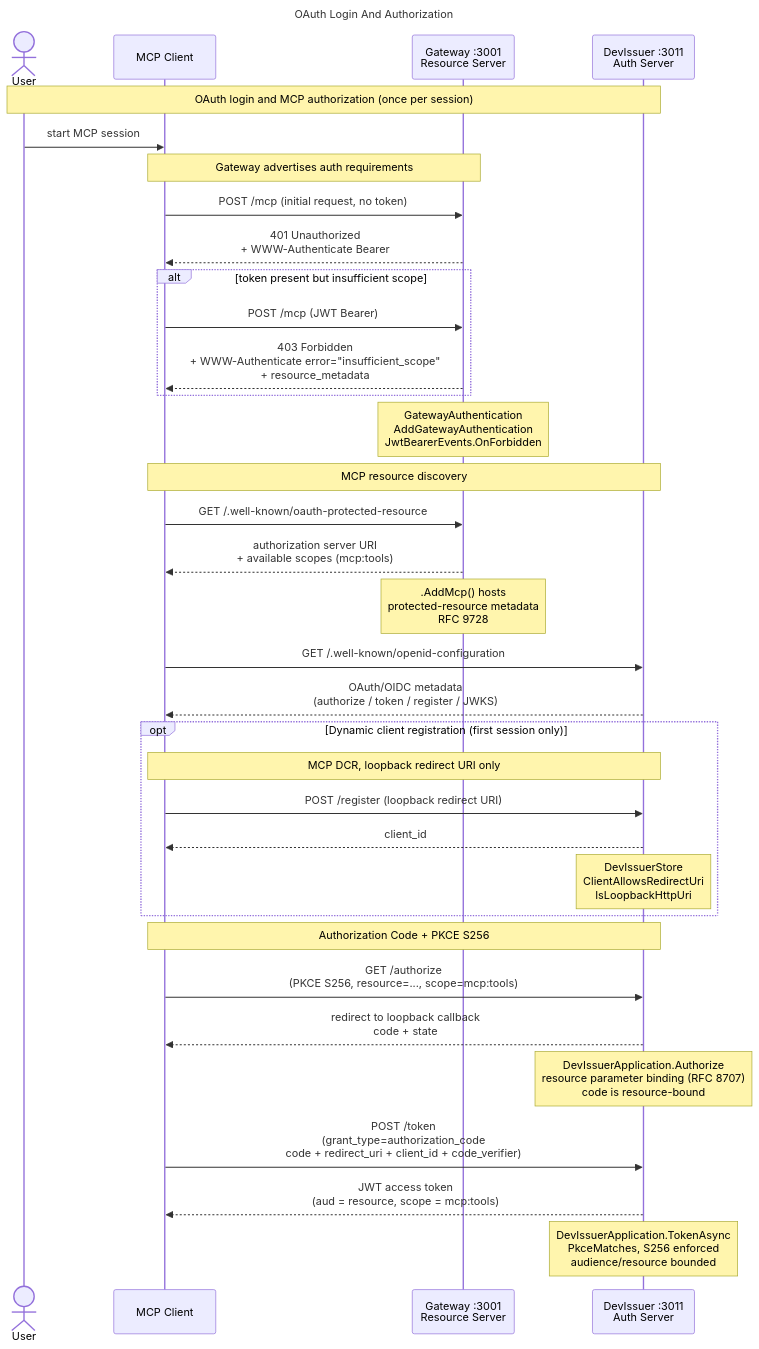
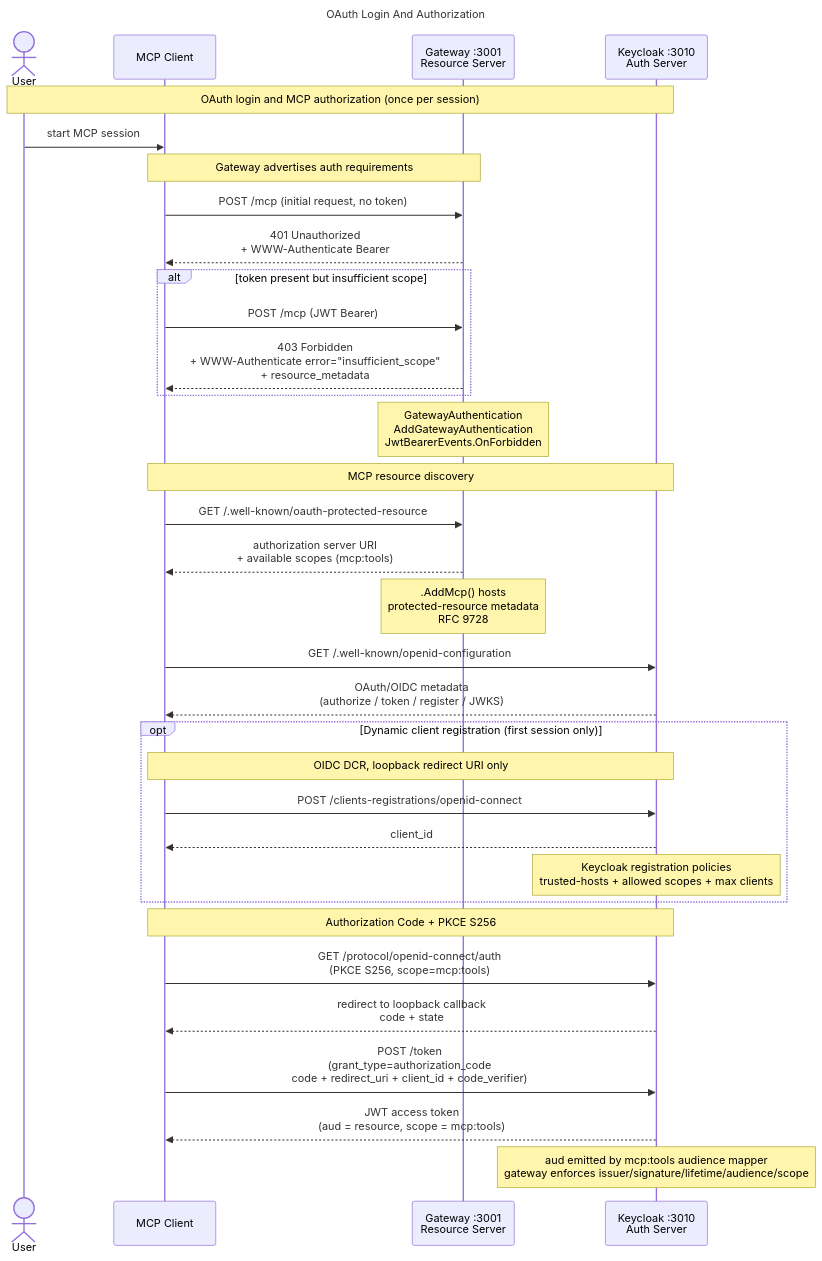
Before and after one commit to mirusser/Kubernetes-MCP-Guard: the second of 7 diagrams in docs/architecture.md, drawn with Mermaid. The commit also changed other lines of this file and 25 other files, not shown here.

Commit message:
Keycloak Parity, DCR, and DevIssuer Deprecation

````diff
--- a/docs/architecture.md
+++ b/docs/architecture.md
@@ -79,45 +80,44 @@
 ```mermaid
 ---
 title: OAuth Login And Authorization
 ---
 sequenceDiagram
     actor User
     participant Client as MCP Client
     participant GW as Gateway :3001<br/>Resource Server
-    participant Issuer as DevIssuer :3011<br/>Auth Server
+    participant Issuer as Keycloak :3010<br/>Auth Server
 
     Note over User,Issuer: OAuth login and MCP authorization (once per session)
 
     User->>Client: start MCP session
 
     Note over Client,GW: Gateway advertises auth requirements
     Client->>GW: POST /mcp (initial request, no token)
     GW-->>Client: 401 Unauthorized<br/>+ WWW-Authenticate Bearer
     alt token present but insufficient scope
         Client->>GW: POST /mcp (JWT Bearer)
         GW-->>Client: 403 Forbidden<br/>+ WWW-Authenticate error="insufficient_scope"<br/>+ resource_metadata
     end
     Note over GW: GatewayAuthentication<br/>AddGatewayAuthentication<br/>JwtBearerEvents.OnForbidden
 
     Note over Client,Issuer: MCP resource discovery
     Client->>GW: GET /.well-known/oauth-protected-resource
     GW-->>Client: authorization server URI<br/>+ available scopes (mcp:tools)
     Note over GW: .AddMcp() hosts<br/>protected-resource metadata<br/>RFC 9728
     Client->>Issuer: GET /.well-known/openid-configuration
     Issuer-->>Client: OAuth/OIDC metadata<br/>(authorize / token / register / JWKS)
 
     opt Dynamic client registration (first session only)
-        Note over Client,Issuer: MCP DCR, loopback redirect URI only
-        Client->>Issuer: POST /register (loopback redirect URI)
+        Note over Client,Issuer: OIDC DCR, loopback redirect URI only
+        Client->>Issuer: POST /clients-registrations/openid-connect
         Issuer-->>Client: client_id
-        Note over Issuer: DevIssuerStore<br/>ClientAllowsRedirectUri<br/>IsLoopbackHttpUri
+        Note over Issuer: Keycloak registration policies<br/>trusted-hosts + allowed scopes + max clients
     end
 
     Note over Client,Issuer: Authorization Code + PKCE S256
-    Client->>Issuer: GET /authorize<br/>(PKCE S256, resource=..., scope=mcp:tools)
+    Client->>Issuer: GET /protocol/openid-connect/auth<br/>(PKCE S256, scope=mcp:tools)
     Issuer-->>Client: redirect to loopback callback<br/>code + state
-    Note over Issuer: DevIssuerApplication.Authorize<br/>resource parameter binding (RFC 8707)<br/>code is resource-bound
     Client->>Issuer: POST /token<br/>(grant_type=authorization_code<br/>code + redirect_uri + client_id + code_verifier)
     Issuer-->>Client: JWT access token<br/>(aud = resource, scope = mcp:tools)
-    Note over Issuer: DevIssuerApplication.TokenAsync<br/>PkceMatches, S256 enforced<br/>audience/resource bounded
+    Note over Issuer: aud emitted by mcp:tools audience mapper<br/>gateway enforces issuer/signature/lifetime/audience/scope
 ```
````
